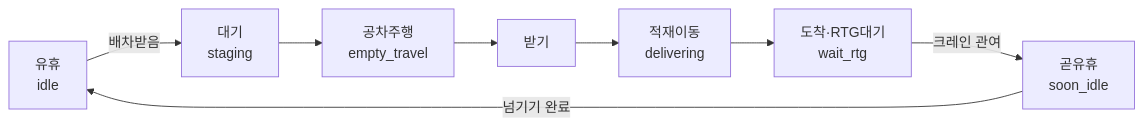
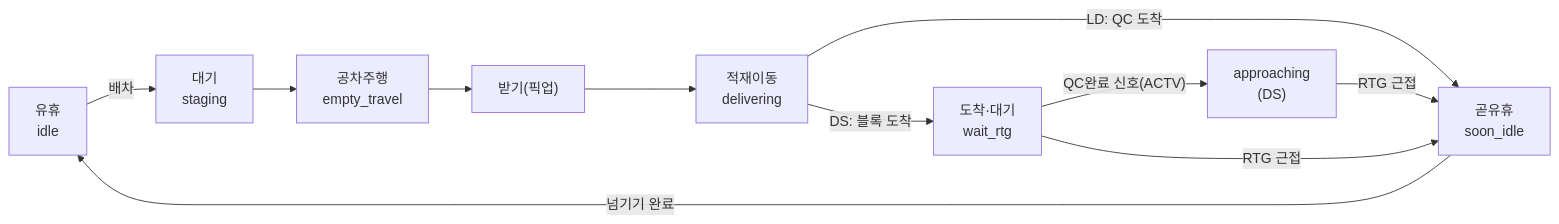
One commit to kimt86/tt-aiops-platform changed the diagram in docs-site/src/content/docs/dashboard/dispatch.md. Above: the diagram before and after it, drawn with Mermaid. The commit also changed other lines of this file and 13 other files, not shown here.

````diff
--- a/docs-site/src/content/docs/dashboard/dispatch.md
+++ b/docs-site/src/content/docs/dashboard/dispatch.md
@@ -18,10 +18,13 @@
 ```mermaid
 flowchart LR
-  idle["유휴<br/>idle"] -->|"배차받음"| staging["대기<br/>staging"]
+  idle["유휴<br/>idle"] -->|"배차"| staging["대기<br/>staging"]
   staging --> et["공차주행<br/>empty_travel"]
-  et --> P["받기"]
+  et --> P["받기(픽업)"]
   P --> del["적재이동<br/>delivering"]
-  del --> wr["도착·RTG대기<br/>wait_rtg"]
-  wr -->|"크레인 관여"| si["곧유휴<br/>soon_idle"]
+  del -->|"LD: QC 도착"| si["곧유휴<br/>soon_idle"]
+  del -->|"DS: 블록 도착"| wr["도착·대기<br/>wait_rtg"]
+  wr -->|"QC완료 신호(ACTV)"| ap["approaching<br/>(DS)"]
+  ap -->|"RTG 근접"| si
+  wr -->|"RTG 근접"| si
   si -->|"넘기기 완료"| idle
 ```
````
